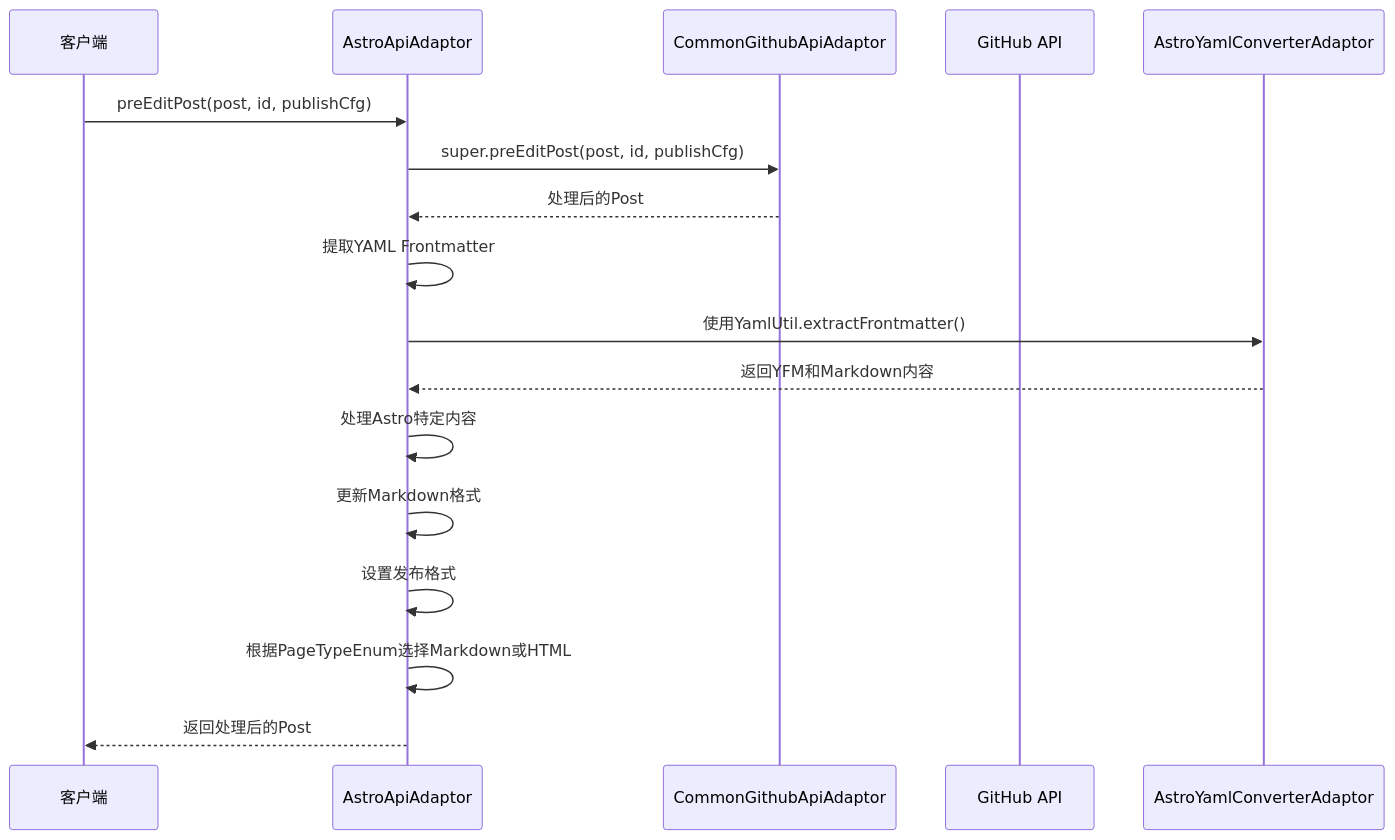
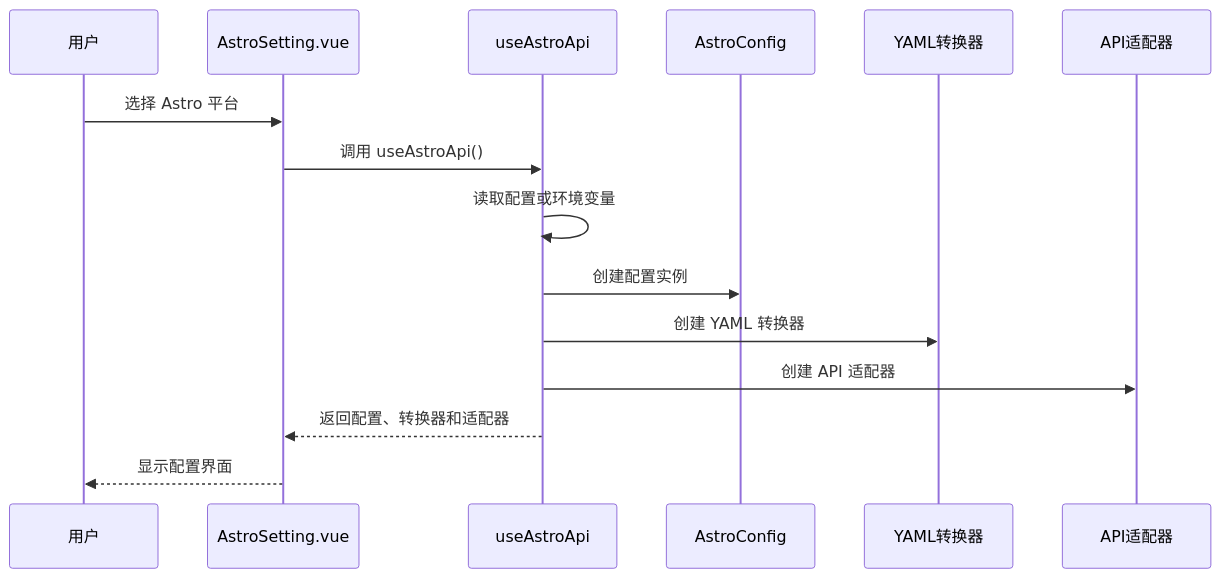
The third of 5 diagrams in .qoder/repowiki/zh/content/平台适配器系统/静态站点适配器/GitHub Astro 平台适配器.md (terwer/siyuan-plugin-publisher), drawn with Mermaid before and after one commit. The commit also changed other lines of this file and 14 other files, not shown here.

````diff
--- a/.qoder/repowiki/zh/content/平台适配器系统/静态站点适配器/GitHub Astro 平台适配器.md
+++ b/.qoder/repowiki/zh/content/平台适配器系统/静态站点适配器/GitHub Astro 平台适配器.md
@@ -157,19 +194,17 @@
 ```mermaid
 sequenceDiagram
-participant Client as 客户端
-participant Adapter as AstroApiAdaptor
-participant BaseAdapter as CommonGithubApiAdaptor
-participant GitHub as GitHub API
-participant YAML as AstroYamlConverterAdaptor
-Client->>Adapter : preEditPost(post, id, publishCfg)
-Adapter->>BaseAdapter : super.preEditPost(post, id, publishCfg)
-BaseAdapter-->>Adapter : 处理后的Post
-Adapter->>Adapter : 提取YAML Frontmatter
-Adapter->>YAML : 使用YamlUtil.extractFrontmatter()
-YAML-->>Adapter : 返回YFM和Markdown内容
-Adapter->>Adapter : 处理Astro特定内容
-Adapter->>Adapter : 更新Markdown格式
-Adapter->>Adapter : 设置发布格式
-Adapter->>Adapter : 根据PageTypeEnum选择Markdown或HTML
-Adapter-->>Client : 返回处理后的Post
+participant User as 用户
+participant AstroSetting as AstroSetting.vue
+participant useAstroApi as useAstroApi
+participant AstroConfig as AstroConfig
+participant AstroYamlConverterAdaptor as YAML转换器
+participant AstroApiAdaptor as API适配器
+User->>AstroSetting : 选择 Astro 平台
+AstroSetting->>useAstroApi : 调用 useAstroApi()
+useAstroApi->>useAstroApi : 读取配置或环境变量
+useAstroApi->>AstroConfig : 创建配置实例
+useAstroApi->>AstroYamlConverterAdaptor : 创建 YAML 转换器
+useAstroApi->>AstroApiAdaptor : 创建 API 适配器
+useAstroApi-->>AstroSetting : 返回配置、转换器和适配器
+AstroSetting-->>User : 显示配置界面
 ```
````
